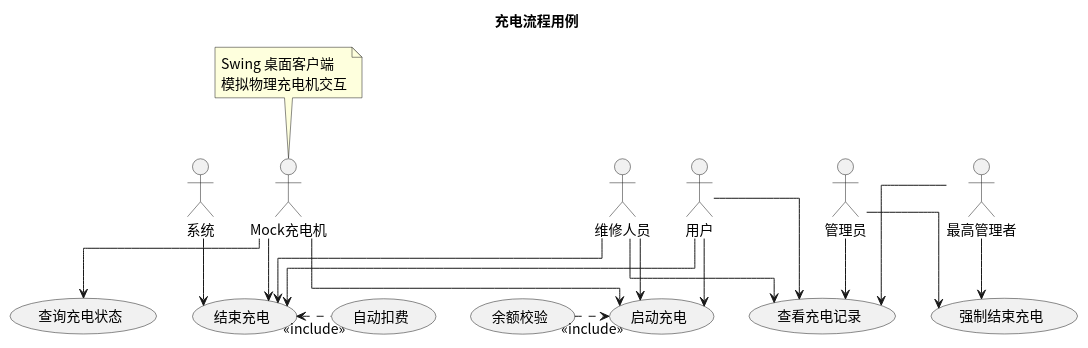
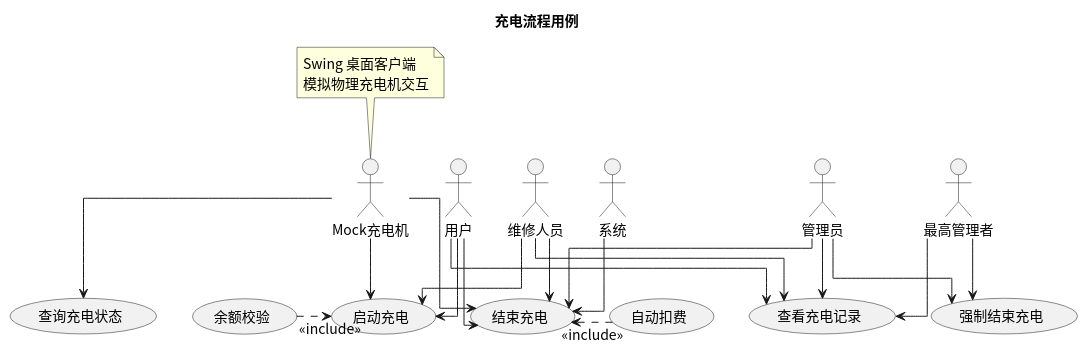
One commit to greenhandzdl/charging-station-doc changed the diagram in usecase/docs/backend/src/charging_flow.puml. Above: the diagram before and after it, drawn with PlantUML. The commit also changed 17 other files, not shown here.

First line of the commit message:
fix: 第二轮全量评估修复 — stopCharge归属校验、forceStop欠费审计、用例图补充、类图完整性

```diff
--- a/usecase/docs/backend/src/charging_flow.puml
+++ b/usecase/docs/backend/src/charging_flow.puml
@@ -1,40 +1,41 @@
 @startuml
 skinparam defaultFontName "Noto Sans CJK SC"
 skinparam defaultFontSize 14
 title 充电流程用例
 skinparam linetype ortho
 
 actor "用户" as U
 actor "维修人员" as M
 actor "管理员" as A
 actor "最高管理者" as SA
 actor "Mock充电机" as MC
 actor "系统" as S
 
 (启动充电)
 (余额校验)
 (结束充电)
 (自动扣费)
 (强制结束充电)
 (查看充电记录)
 (查询充电状态)
 
 U --> 启动充电
 U --> 结束充电
 U --> 查看充电记录
 M --> 启动充电
 M --> 结束充电
 M --> 查看充电记录
 A --> 强制结束充电
+A --> 结束充电
 A --> 查看充电记录
 SA --> 强制结束充电
 SA --> 查看充电记录
 MC --> 启动充电
 MC --> 结束充电
 MC --> 查询充电状态
 note top of MC : Swing 桌面客户端\n模拟物理充电机交互
 S --> 结束充电
 
 启动充电 <.left. 余额校验 : <<include>>
 结束充电 <.right. 自动扣费 : <<include>>
 @enduml
```
